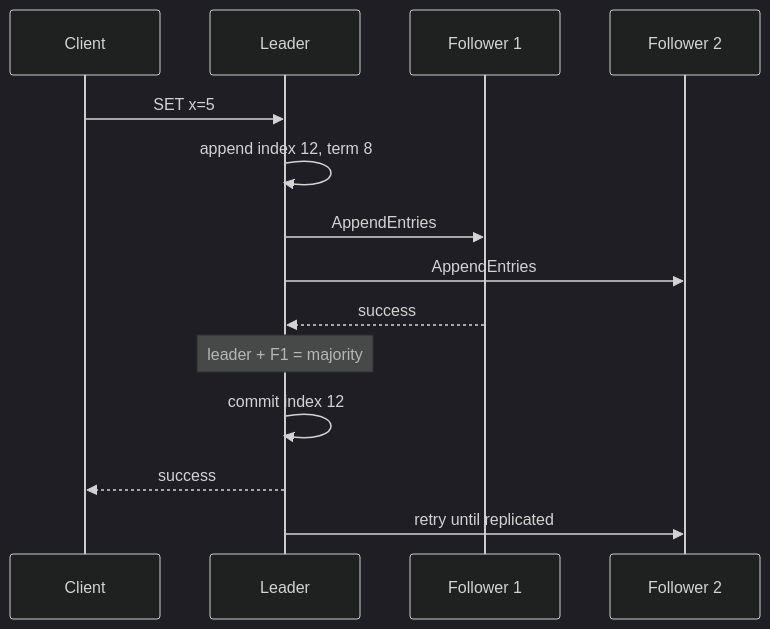
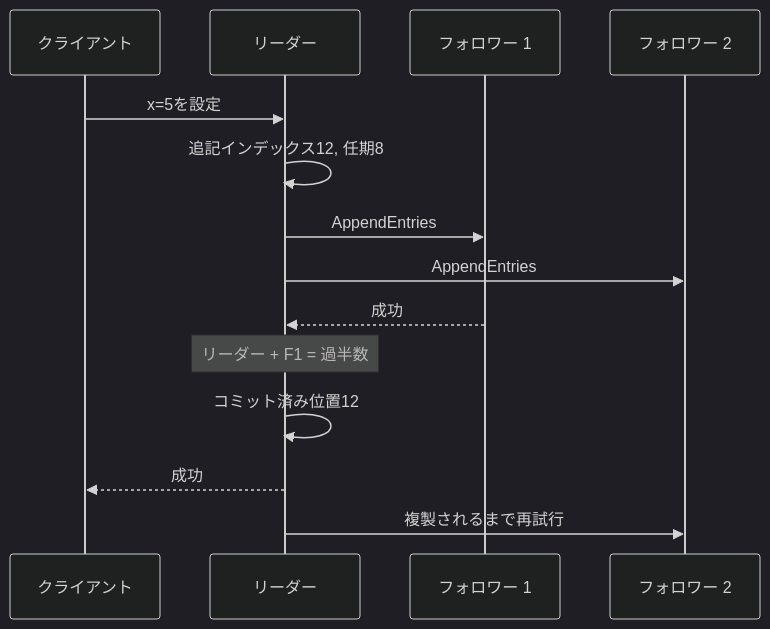
The fourth of 6 diagrams in src/content/docs/05-distributed-db/14-consensus-raft.md (hirunebot/database-systems-book), drawn with Mermaid (dark theme) before and after one commit. The commit also changed other lines of this file and 42 other files, not shown here.

````diff
--- a/src/content/docs/05-distributed-db/14-consensus-raft.md
+++ b/src/content/docs/05-distributed-db/14-consensus-raft.md
@@ -147,16 +150,16 @@
 ```mermaid
 sequenceDiagram
-    participant Client
-    participant L as Leader
-    participant F1 as Follower 1
-    participant F2 as Follower 2
-    Client->>L: SET x=5
-    L->>L: append index 12, term 8
+    participant Client as クライアント
+    participant L as リーダー
+    participant F1 as フォロワー 1
+    participant F2 as フォロワー 2
+    Client->>L: x=5を設定
+    L->>L: 追記インデックス12, 任期8
     L->>F1: AppendEntries
     L->>F2: AppendEntries
-    F1-->>L: success
-    Note over L: leader + F1 = majority
-    L->>L: commit index 12
-    L-->>Client: success
-    L->>F2: retry until replicated
+    F1-->>L: 成功
+    Note over L: リーダー + F1 = 過半数
+    L->>L: コミット済み位置12
+    L-->>Client: 成功
+    L->>F2: 複製されるまで再試行
 ```
````
